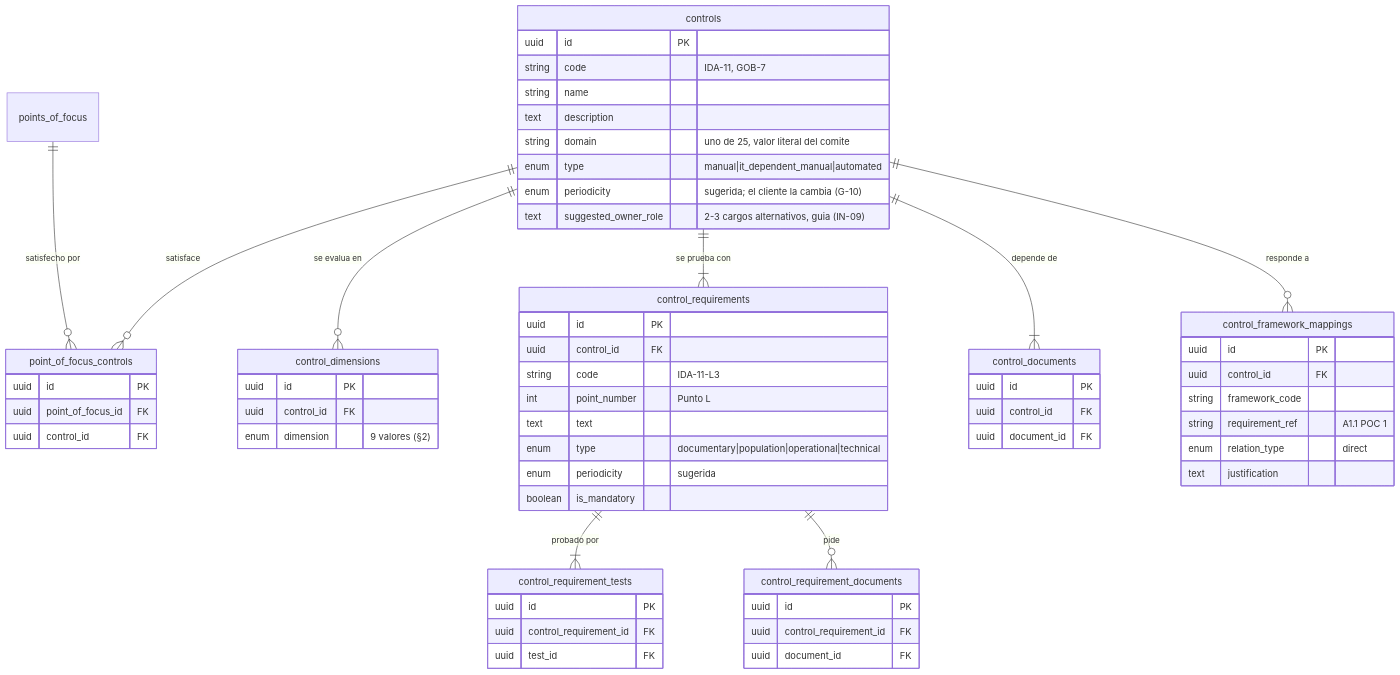
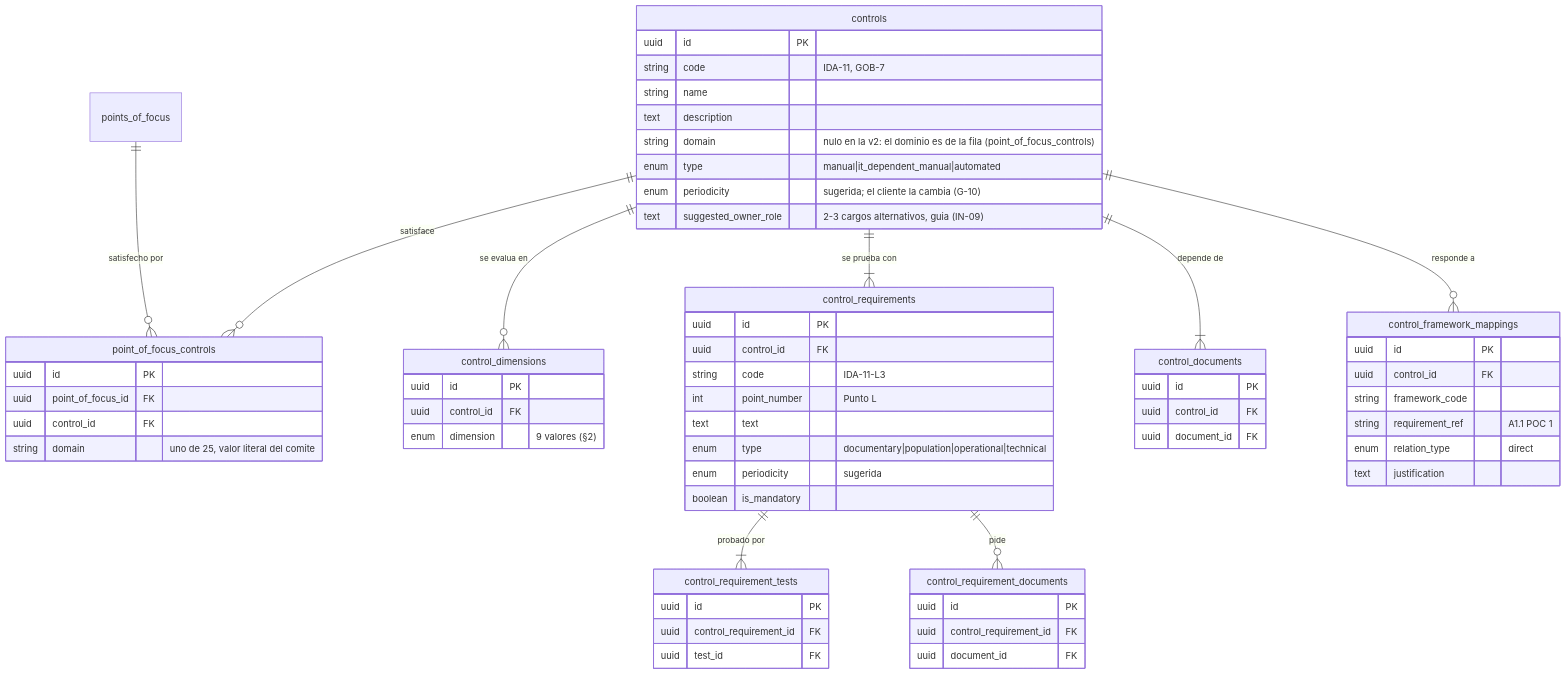
One commit to Monkey-GRC/Monkey-Brain-IA changed the second of 5 diagrams in skills/product/monkey-compliance-council/references/datos/modelo/03-catalogo-maestro.md. Above: the diagram before and after it, drawn with Mermaid. The commit also changed other lines of this file and 14 other files, not shown here.

Commit message:
docs(brain): catalog v2 load contract, D139 additive load with v1 bridges, DT-113, model and roadmap updates (MD-491)

````diff
--- a/skills/product/monkey-compliance-council/references/datos/modelo/03-catalogo-maestro.md
+++ b/skills/product/monkey-compliance-council/references/datos/modelo/03-catalogo-maestro.md
@@ -68,64 +68,65 @@
 ```mermaid
 erDiagram
     controls {
         uuid id PK
         string code "IDA-11, GOB-7"
         string name
         text description
-        string domain "uno de 25, valor literal del comite"
+        string domain "nulo en la v2: el dominio es de la fila (point_of_focus_controls)"
         enum type "manual|it_dependent_manual|automated"
         enum periodicity "sugerida; el cliente la cambia (G-10)"
         text suggested_owner_role "2-3 cargos alternativos, guia (IN-09)"
     }
     point_of_focus_controls {
         uuid id PK
         uuid point_of_focus_id FK
         uuid control_id FK
+        string domain "uno de 25, valor literal del comite"
     }
     control_dimensions {
         uuid id PK
         uuid control_id FK
         enum dimension "9 valores (§2)"
     }
     control_requirements {
         uuid id PK
         uuid control_id FK
         string code "IDA-11-L3"
         int point_number "Punto L"
         text text
         enum type "documentary|population|operational|technical"
         enum periodicity "sugerida"
         boolean is_mandatory
     }
     control_requirement_tests {
         uuid id PK
         uuid control_requirement_id FK
         uuid test_id FK
     }
     control_requirement_documents {
         uuid id PK
         uuid control_requirement_id FK
         uuid document_id FK
     }
     control_documents {
         uuid id PK
         uuid control_id FK
         uuid document_id FK
     }
     control_framework_mappings {
         uuid id PK
         uuid control_id FK
         string framework_code
         string requirement_ref "A1.1 POC 1"
         enum relation_type "direct"
         text justification
     }
     controls ||--o{ point_of_focus_controls : "satisface"
     points_of_focus ||--o{ point_of_focus_controls : "satisfecho por"
     controls ||--o{ control_dimensions : "se evalua en"
     controls ||--|{ control_requirements : "se prueba con"
     control_requirements ||--|{ control_requirement_tests : "probado por"
     control_requirements ||--o{ control_requirement_documents : "pide"
     controls ||--|{ control_documents : "depende de"
     controls ||--o{ control_framework_mappings : "responde a"
 ```
````
